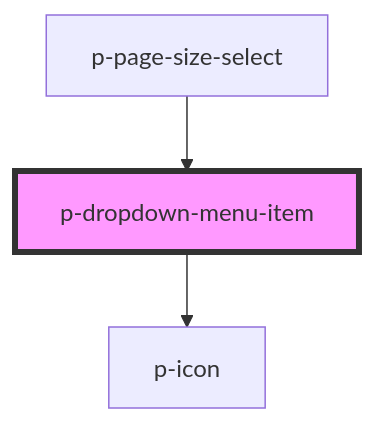
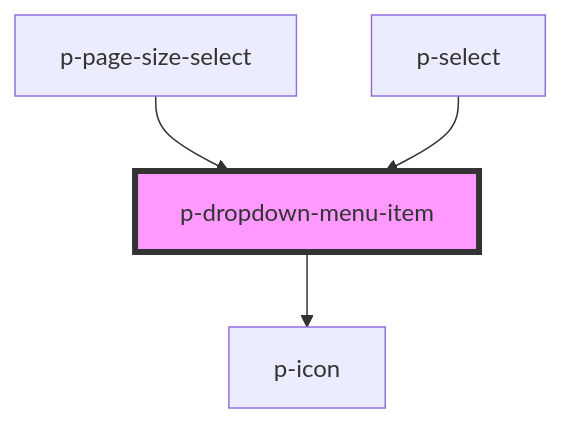
The diagram in packages/core/src/components/atoms/dropdown-menu-item/readme.md (Employes/paperless), drawn with Mermaid before and after one commit. The commit also changed other lines of this file and 9 other files, not shown here.

````diff
--- a/packages/core/src/components/atoms/dropdown-menu-item/readme.md
+++ b/packages/core/src/components/atoms/dropdown-menu-item/readme.md
@@ -27,6 +28,7 @@
 ```mermaid
 graph TD;
   p-dropdown-menu-item --> p-icon
   p-page-size-select --> p-dropdown-menu-item
+  p-select --> p-dropdown-menu-item
   style p-dropdown-menu-item fill:#f9f,stroke:#333,stroke-width:4px
 ```
````
